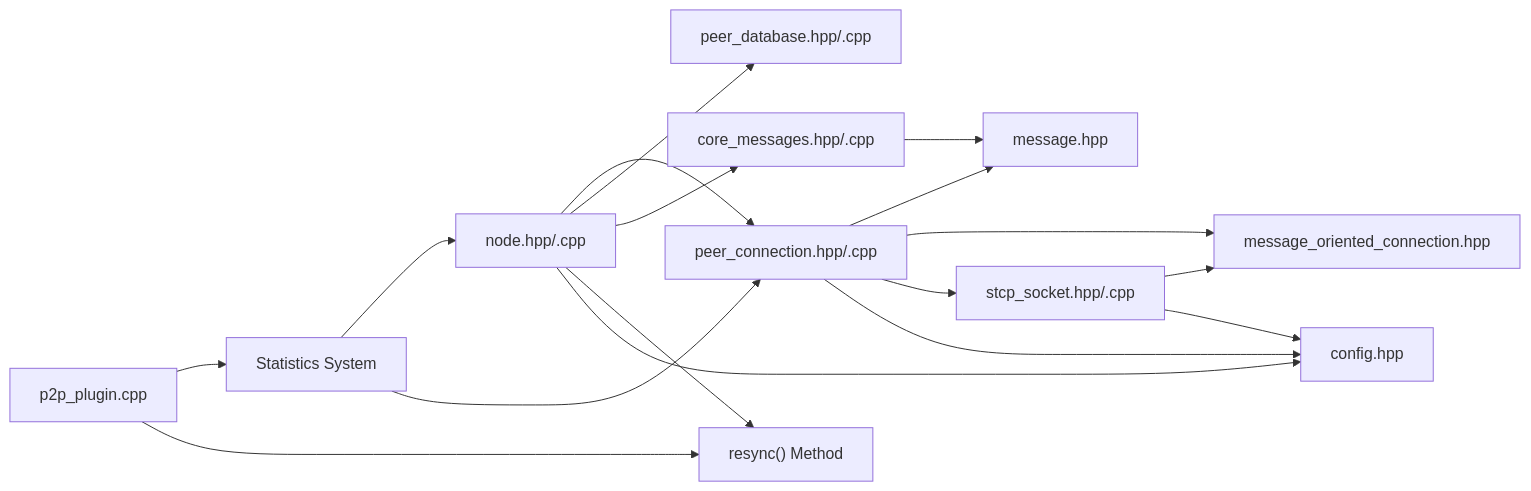
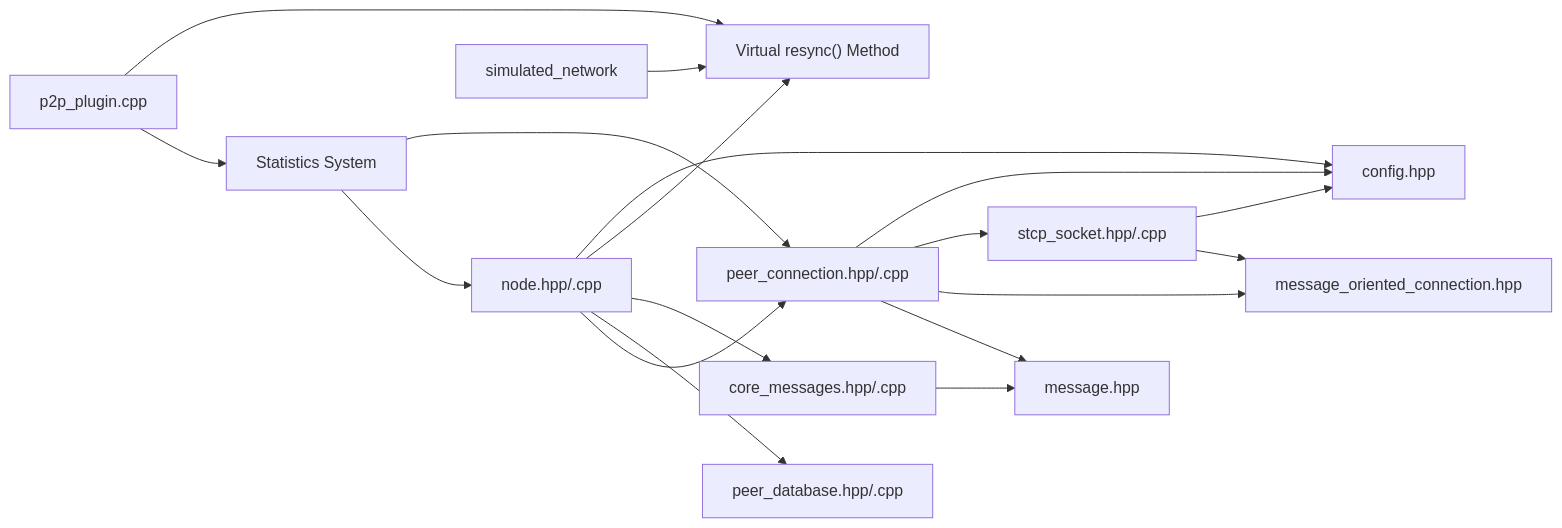
Before and after one commit to VIZ-Blockchain/viz-cpp-node: diagram 13 of 13 in .qoder/repowiki/en/content/Architecture Overview/Core Libraries/Network Library/Network Library.md, drawn with Mermaid. The commit also changed other lines of this file and 3 other files, not shown here.

First line of the commit message:
docs(network): document virtual resync() method for programmatic sync control

````diff
--- a/.qoder/repowiki/en/content/Architecture Overview/Core Libraries/Network Library/Network Library.md
+++ b/.qoder/repowiki/en/content/Architecture Overview/Core Libraries/Network Library/Network Library.md
@@ -665,19 +686,20 @@
 ```mermaid
 graph LR
 Node["node.hpp/.cpp"] --> PeerConn["peer_connection.hpp/.cpp"]
 Node --> PeerDB["peer_database.hpp/.cpp"]
 Node --> CoreMsg["core_messages.hpp/.cpp"]
-Node --> Resync["resync() Method"]
+Node --> Resync["Virtual resync() Method"]
 PeerConn --> Msg["message.hpp"]
 PeerConn --> MOC["message_oriented_connection.hpp"]
 PeerConn --> STCP["stcp_socket.hpp/.cpp"]
 CoreMsg --> Msg
 STCP --> MOC
 Node --> Cfg["config.hpp"]
 PeerConn --> Cfg
 STCP --> Cfg
 Stats["Statistics System"] --> Node
 Stats --> PeerConn
 P2P["p2p_plugin.cpp"] --> Stats
 P2P --> Resync
+SimNet["simulated_network"] --> Resync
 ```
````
